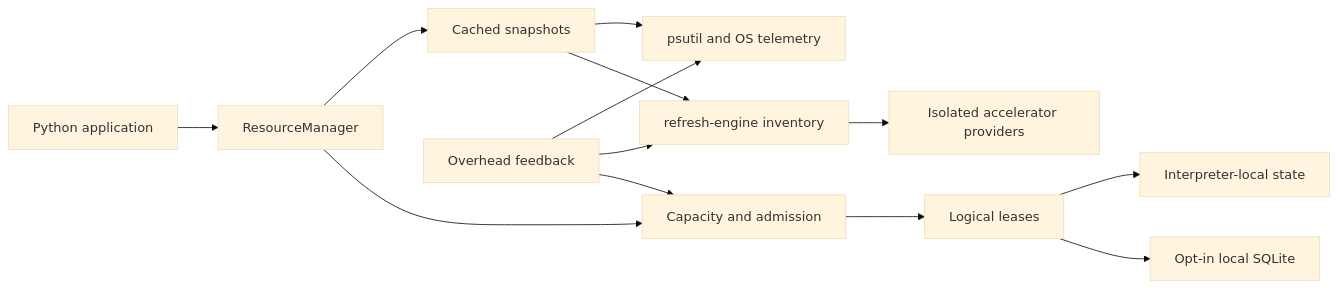
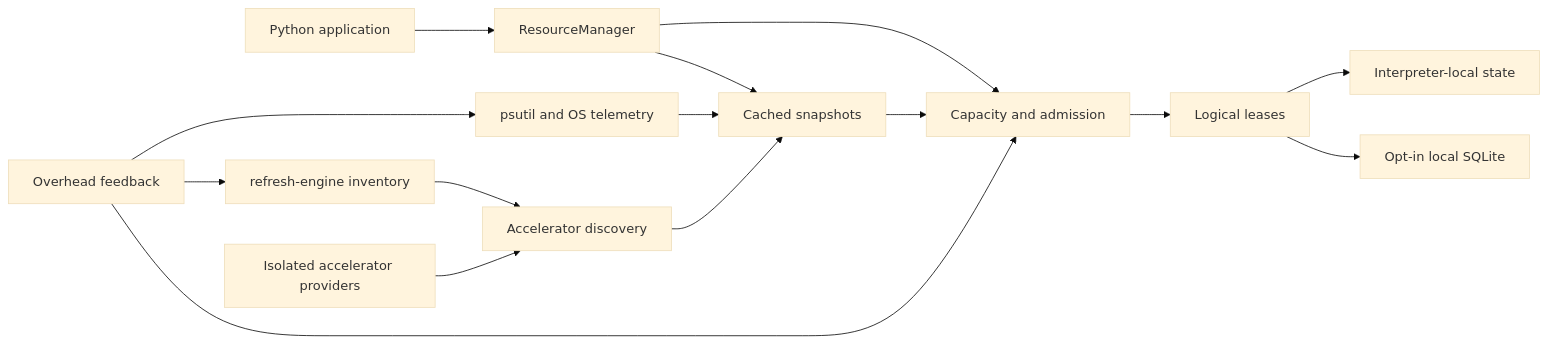
One commit to smuniharish/resourcera changed the diagram in diagrams/overall-architecture.mmd. Above: the diagram before and after it, drawn with Mermaid (base theme). The commit also changed 35 other files, not shown here.

```diff
--- a/diagrams/overall-architecture.mmd
+++ b/diagrams/overall-architecture.mmd
@@ -1,13 +1,15 @@
 flowchart LR
     app["Python application"] --> api["ResourceManager"]
     api --> snapshots["Cached snapshots"]
     api --> capacity["Capacity and admission"]
-    snapshots --> telemetry["psutil and OS telemetry"]
-    snapshots --> inventory["refresh-engine inventory"]
-    inventory --> providers["Isolated accelerator providers"]
+    snapshots --> capacity
+    telemetry["psutil and OS telemetry"] --> snapshots
+    inventory["refresh-engine inventory"] --> accelerators["Accelerator discovery"]
+    providers["Isolated accelerator providers"] --> accelerators
+    accelerators --> snapshots
     capacity --> leases["Logical leases"]
     leases --> local["Interpreter-local state"]
     leases --> sqlite["Opt-in local SQLite"]
     overhead["Overhead feedback"] --> telemetry
     overhead --> inventory
     overhead --> capacity
```
